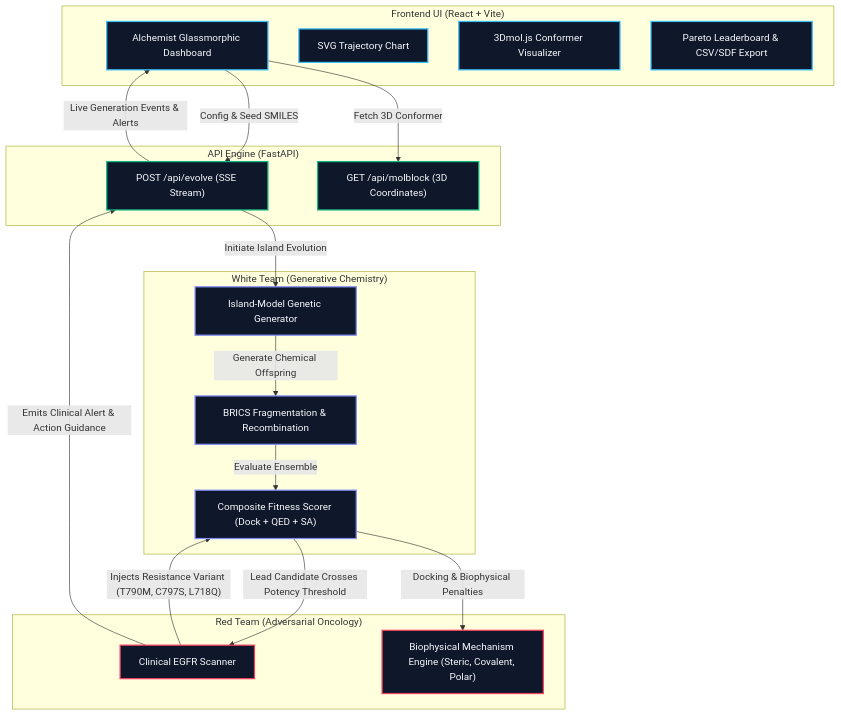
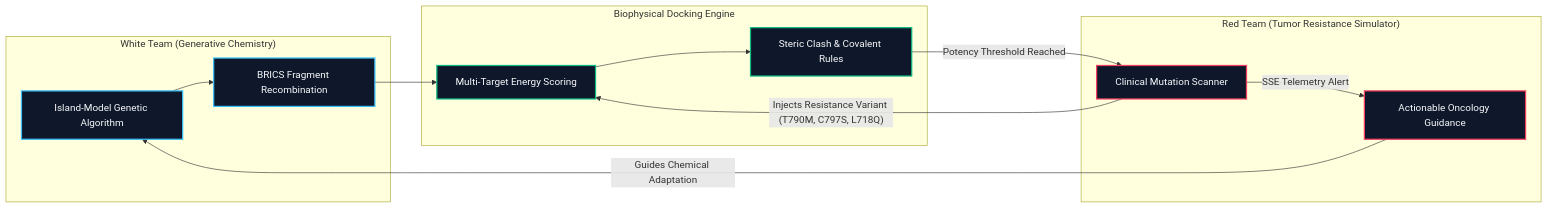
The diagram in README.md (Mridul-06-stack/MOL-DESIGNER), drawn with Mermaid before and after one commit. The commit also changed other lines of this file and 3 other files, not shown here.

````diff
--- a/README.md
+++ b/README.md
@@ -11,44 +41,29 @@
 ```mermaid
-graph TD
-    classDef react fill:#0f172a,stroke:#38bdf8,stroke-width:2px,color:#f8fafc;
-    classDef fastAPI fill:#0f172a,stroke:#10b981,stroke-width:2px,color:#f8fafc;
-    classDef whiteTeam fill:#0f172a,stroke:#818cf8,stroke-width:2px,color:#f8fafc;
+graph LR
+    classDef whiteTeam fill:#0f172a,stroke:#38bdf8,stroke-width:2px,color:#f8fafc;
     classDef redTeam fill:#0f172a,stroke:#f43f5e,stroke-width:2px,color:#f8fafc;
+    classDef engine fill:#0f172a,stroke:#10b981,stroke-width:2px,color:#f8fafc;
 
-    subgraph Frontend ["Frontend UI (React + Vite)"]
-        UI["Alchemist Glassmorphic Dashboard"]:::react
-        Trajectory["SVG Trajectory Chart"]:::react
-        Viewer["3Dmol.js Conformer Visualizer"]:::react
-        Leaderboard["Pareto Leaderboard & CSV/SDF Export"]:::react
+    subgraph WhiteTeam ["White Team (Generative Chemistry)"]
+        GA["Island-Model Genetic Algorithm"]:::whiteTeam
+        BRICS["BRICS Fragment Recombination"]:::whiteTeam
     end
 
-    subgraph Backend ["API Engine (FastAPI)"]
-        API["POST /api/evolve (SSE Stream)"]:::fastAPI
-        MolAPI["GET /api/molblock (3D Coordinates)"]:::fastAPI
+    subgraph Biophysics ["Biophysical Docking Engine"]
+        Score["Multi-Target Energy Scoring"]:::engine
+        Physics["Steric Clash & Covalent Rules"]:::engine
     end
 
-    subgraph WhiteTeam ["White Team (Generative Chemistry)"]
-        GA["Island-Model Genetic Generator"]:::whiteTeam
-        BRICS["BRICS Fragmentation & Recombination"]:::whiteTeam
-        Scorer["Composite Fitness Scorer (Dock + QED + SA)"]:::whiteTeam
+    subgraph RedTeam ["Red Team (Tumor Resistance Simulator)"]
+        Scanner["Clinical Mutation Scanner"]:::redTeam
+        Alerts["Actionable Oncology Guidance"]:::redTeam
     end
 
-    subgraph RedTeam ["Red Team (Adversarial Oncology)"]
-        Scanner["Clinical EGFR Scanner"]:::redTeam
-        Mechanisms["Biophysical Mechanism Engine (Steric, Covalent, Polar)"]:::redTeam
-    end
-
-    UI -- "Config & Seed SMILES" --> API
-    API -- "Initiate Island Evolution" --> GA
-    GA -- "Generate Chemical Offspring" --> BRICS
-    BRICS -- "Evaluate Ensemble" --> Scorer
-    Scorer -- "Docking & Biophysical Penalties" --> Mechanisms
-
-    %% Adversarial Injections
-    Scorer -- "Lead Candidate Crosses Potency Threshold" --> Scanner
-    Scanner -- "Injects Resistance Variant (T790M, C797S, L718Q)" --> Scorer
-    Scanner -- "Emits Clinical Alert & Action Guidance" --> API
-
-    API -- "Live Generation Events & Alerts" --> UI
-    UI -- "Fetch 3D Conformer" --> MolAPI
+    GA --> BRICS
+    BRICS --> Score
+    Score --> Physics
+    Physics -- "Potency Threshold Reached" --> Scanner
+    Scanner -- "Injects Resistance Variant (T790M, C797S, L718Q)" --> Score
+    Scanner -- "SSE Telemetry Alert" --> Alerts
+    Alerts -- "Guides Chemical Adaptation" --> GA
 ```
````
